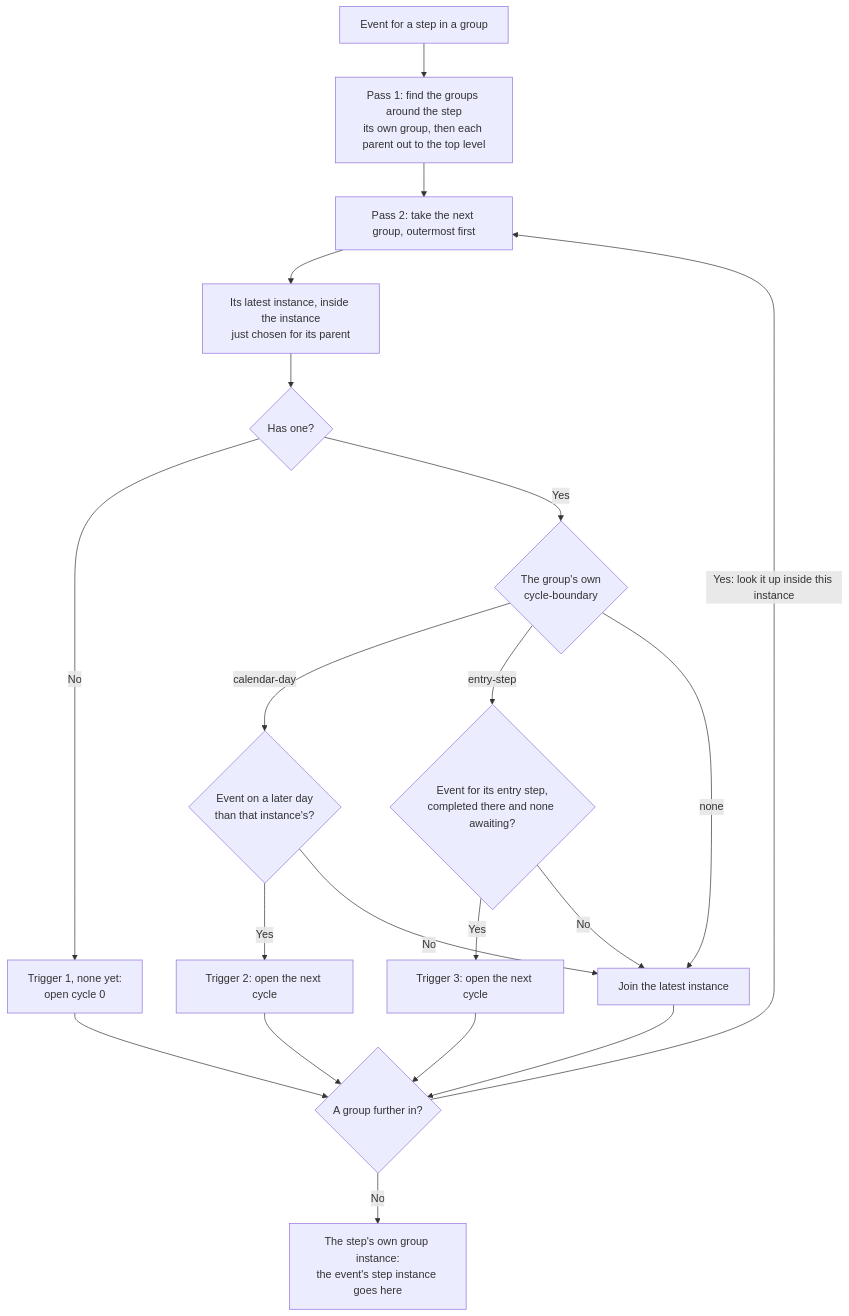
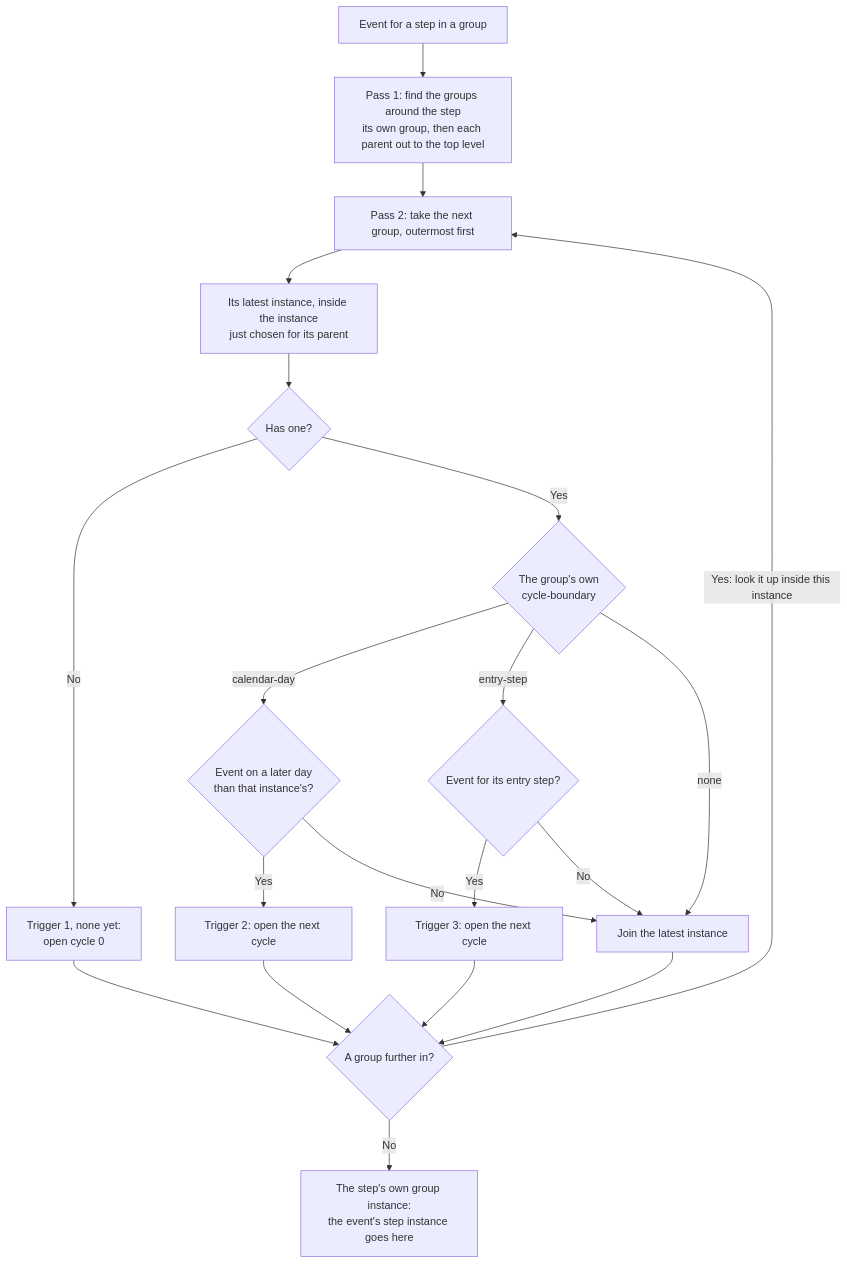
One commit to Jayaprakash8887/cce-matcher-service changed the eighth of 9 diagrams in docs/architecture-overview.md. Above: the diagram before and after it, drawn with Mermaid. The commit also changed other lines of this file and 6 other files, not shown here.

First line of the commit message:
CCE-135: only an event opens an entry-step group; each entry step starts a cycle

````diff
--- a/docs/architecture-overview.md
+++ b/docs/architecture-overview.md
@@ -892,22 +892,22 @@
 ```mermaid
 flowchart TD
     EVENT["Event for a step in a group"] --> FIND["Pass 1: find the groups around the step<br/>its own group, then each parent out to the top level"]
     FIND --> NEXT["Pass 2: take the next group, outermost first"]
     NEXT --> LATEST["Its latest instance, inside the instance<br/>just chosen for its parent"]
     LATEST --> HAS{"Has one?"}
     HAS -->|"No"| T1["Trigger 1, none yet:<br/>open cycle 0"]
     HAS -->|"Yes"| CB{"The group's own<br/>cycle-boundary"}
     CB -->|"calendar-day"| DAY{"Event on a later day<br/>than that instance's?"}
-    CB -->|"entry-step"| ENTRY{"Event for its entry step,<br/>completed there and none awaiting?"}
+    CB -->|"entry-step"| ENTRY{"Event for its entry step?"}
     CB -->|"none"| JOIN["Join the latest instance"]
     DAY -->|"Yes"| T2["Trigger 2: open the next cycle"]
     DAY -->|"No"| JOIN
     ENTRY -->|"Yes"| T3["Trigger 3: open the next cycle"]
     ENTRY -->|"No"| JOIN
     T1 --> MORE{"A group further in?"}
     T2 --> MORE
     T3 --> MORE
     JOIN --> MORE
     MORE -->|"Yes: look it up inside this instance"| NEXT
     MORE -->|"No"| DONE["The step's own group instance:<br/>the event's step instance goes here"]
 ```
````
